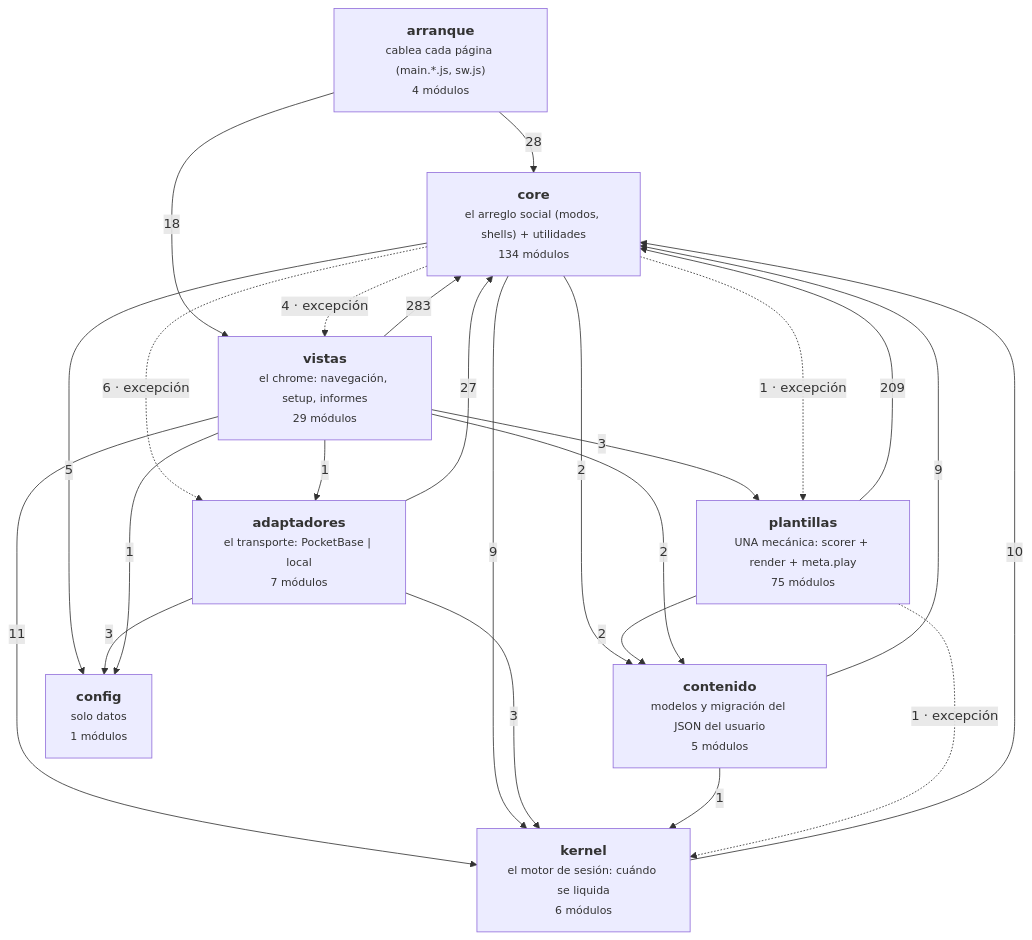
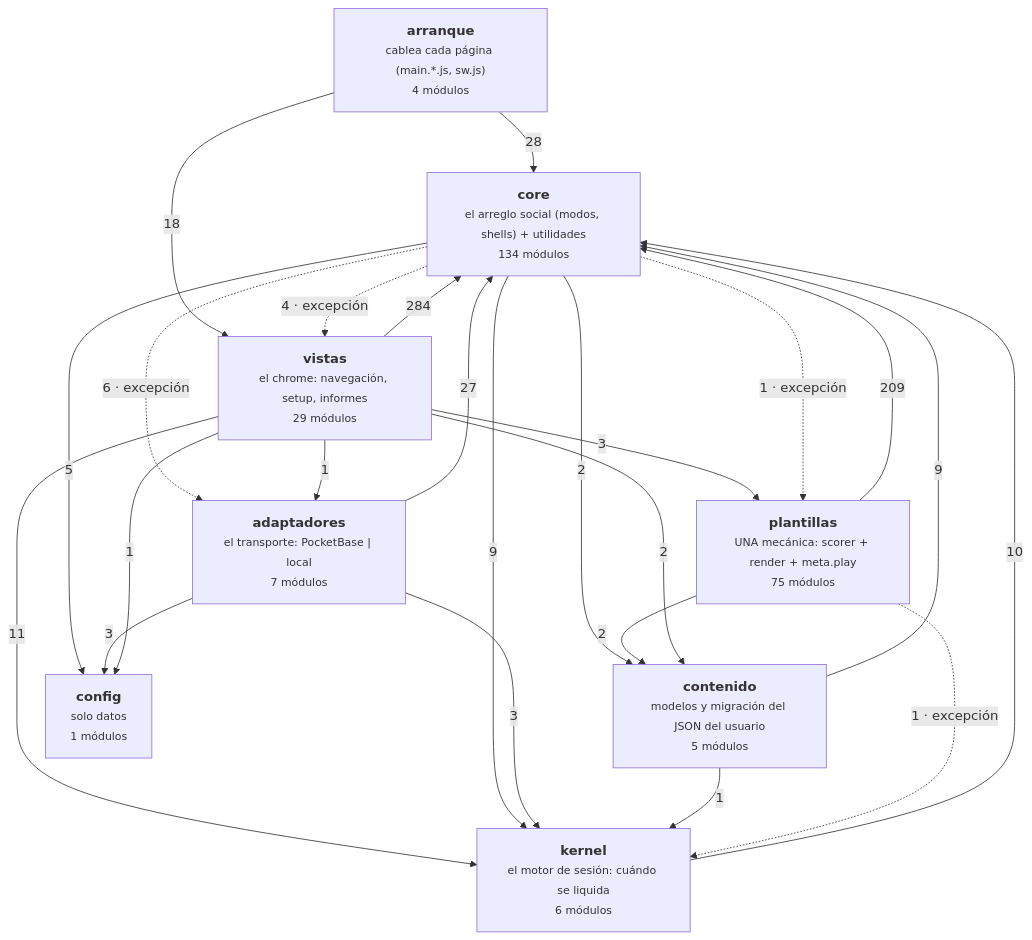
The diagram in docs/arquitectura-modulos.md (duecaz/ac), drawn with Mermaid before and after one commit. The commit also changed other lines of this file and 9 other files, not shown here.

````diff
--- a/docs/arquitectura-modulos.md
+++ b/docs/arquitectura-modulos.md
@@ -56,34 +56,34 @@
 ```mermaid
 graph TD
   A["<b>arranque</b><br/><small>cablea cada página (main.*.js, sw.js)</small><br/><small>4 módulos</small>"]
   V["<b>vistas</b><br/><small>el chrome: navegación, setup, informes</small><br/><small>29 módulos</small>"]
   AD["<b>adaptadores</b><br/><small>el transporte: PocketBase | local</small><br/><small>7 módulos</small>"]
   C["<b>core</b><br/><small>el arreglo social (modos, shells) + utilidades</small><br/><small>134 módulos</small>"]
   K["<b>kernel</b><br/><small>el motor de sesión: cuándo se liquida</small><br/><small>6 módulos</small>"]
   T["<b>plantillas</b><br/><small>UNA mecánica: scorer + render + meta.play</small><br/><small>75 módulos</small>"]
   CO["<b>contenido</b><br/><small>modelos y migración del JSON del usuario</small><br/><small>5 módulos</small>"]
   CF["<b>config</b><br/><small>solo datos</small><br/><small>1 módulos</small>"]
-  V -->|283| C
+  V -->|284| C
   T -->|209| C
   A -->|28| C
   AD -->|27| C
   A -->|18| V
   V -->|11| K
   K -->|10| C
   C -->|9| K
   CO -->|9| C
   C -.->|6 · excepción| AD
   C -->|5| CF
   C -.->|4 · excepción| V
   AD -->|3| CF
   AD -->|3| K
   V -->|3| T
   C -->|2| CO
   T -->|2| CO
   V -->|2| CO
   C -.->|1 · excepción| T
   CO -->|1| K
   T -.->|1 · excepción| K
   V -->|1| AD
   V -->|1| CF
 ```
````
